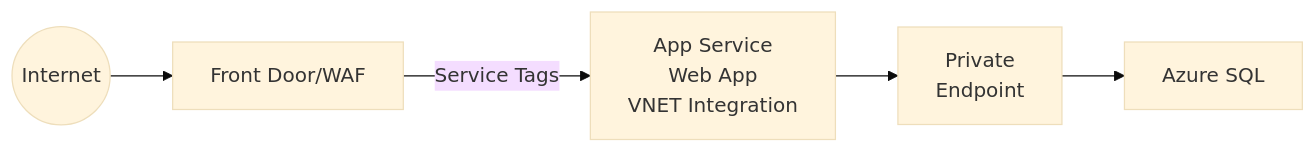
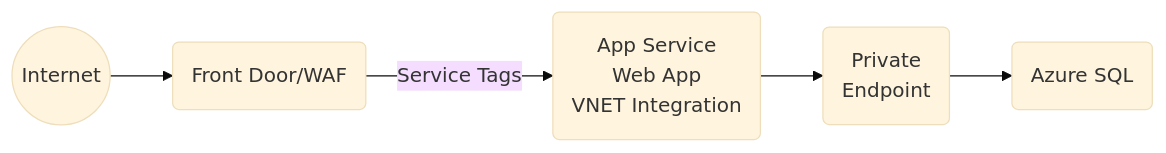
Before and after one commit to msalemor/app-services-networking: the fourth of 7 diagrams in README.md, drawn with Mermaid (base theme). The commit also changed other lines of this file, not shown here.

````diff
--- a/README.md
+++ b/README.md
@@ -76,7 +76,7 @@
 ```mermaid
 graph LR;
-    A((Internet))-->B[Front Door/WAF];
-    B-- Service Tags -->C[App Service<br/>Web App<br/>VNET Integration];
-    C-->D[Private<br/>Endpoint];   
-    D-->E[Azure SQL]
+    A((Internet))-->B(Front Door/WAF);
+    B-- Service Tags -->C(App Service<br/>Web App<br/>VNET Integration);
+    C-->D(Private<br/>Endpoint);
+    D-->E(Azure SQL);
 ```
````
